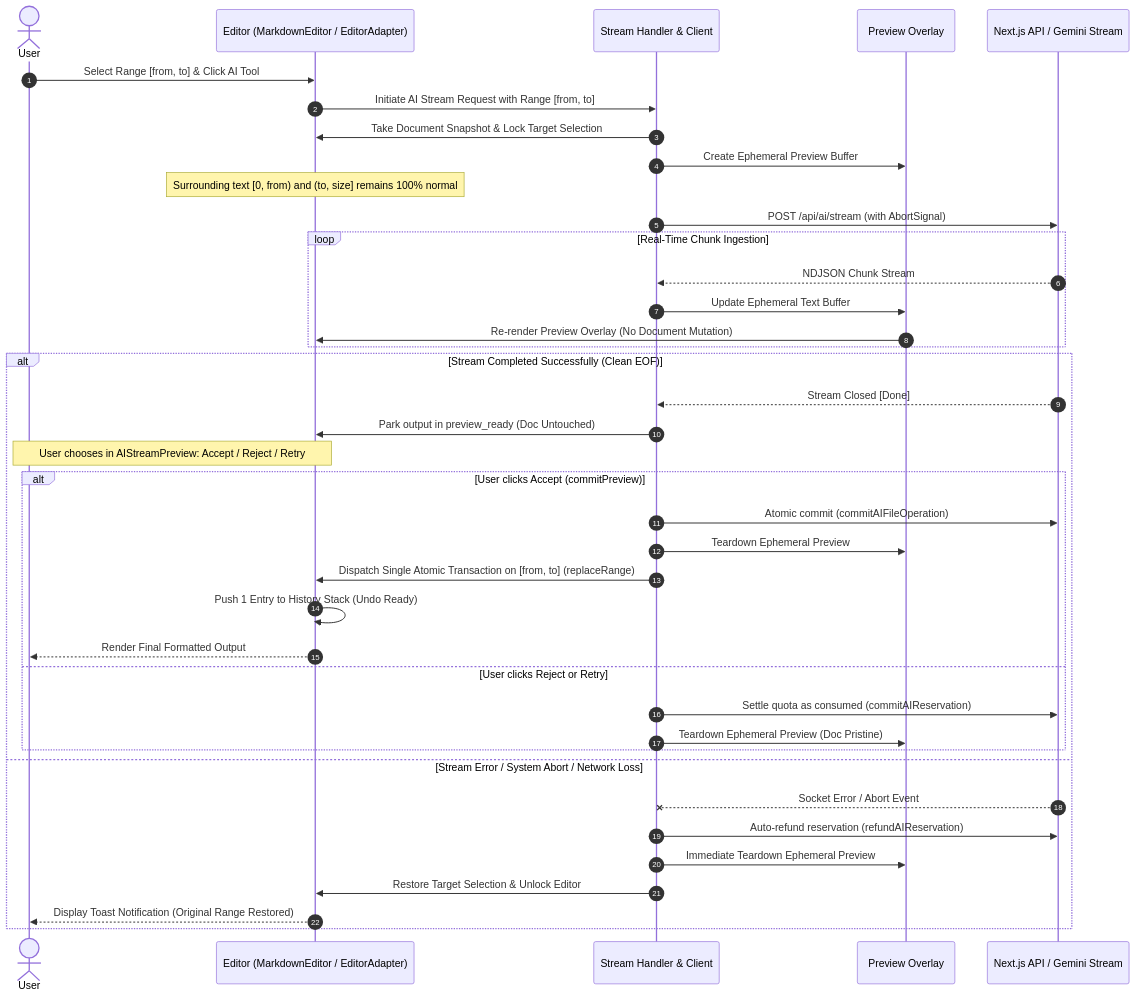
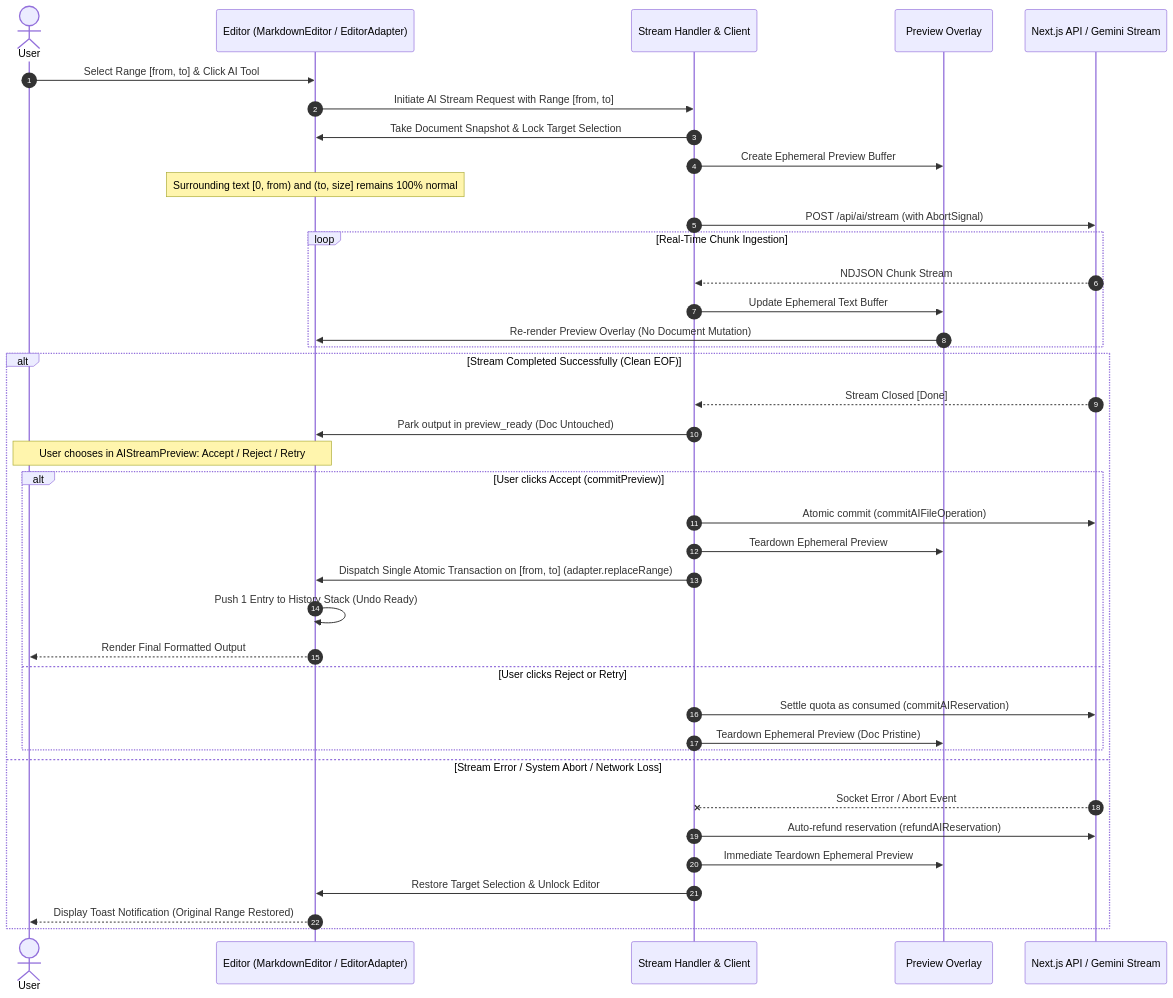
One commit to Abdullah931-stack/LUGX changed the diagram in docs/specs/UI_STREAMING_ARCHITECTURE_REQUIREMENTS.md. Above: the diagram before and after it, drawn with Mermaid. The commit also changed other lines of this file and 16 other files, not shown here.

````diff
--- a/docs/specs/UI_STREAMING_ARCHITECTURE_REQUIREMENTS.md
+++ b/docs/specs/UI_STREAMING_ARCHITECTURE_REQUIREMENTS.md
@@ -28,44 +28,44 @@
 ```mermaid
 sequenceDiagram
     autonumber
     actor User
     participant Editor as Editor (MarkdownEditor / EditorAdapter)
     participant StreamHandler as Stream Handler & Client
     participant GhostExt as Preview Overlay
     participant Backend as Next.js API / Gemini Stream
 
     User->>Editor: Select Range [from, to] & Click AI Tool
     Editor->>StreamHandler: Initiate AI Stream Request with Range [from, to]
     StreamHandler->>Editor: Take Document Snapshot & Lock Target Selection
     StreamHandler->>GhostExt: Create Ephemeral Preview Buffer
     Note over Editor: Surrounding text [0, from) and (to, size] remains 100% normal
     StreamHandler->>Backend: POST /api/ai/stream (with AbortSignal)
     
     loop Real-Time Chunk Ingestion
         Backend-->>StreamHandler: NDJSON Chunk Stream
         StreamHandler->>GhostExt: Update Ephemeral Text Buffer
         GhostExt->>Editor: Re-render Preview Overlay (No Document Mutation)
     end
 
     alt Stream Completed Successfully (Clean EOF)
         Backend-->>StreamHandler: Stream Closed [Done]
         StreamHandler->>Editor: Park output in preview_ready (Doc Untouched)
         Note over User,Editor: User chooses in AIStreamPreview: Accept / Reject / Retry
         alt User clicks Accept (commitPreview)
             StreamHandler->>Backend: Atomic commit (commitAIFileOperation)
             StreamHandler->>GhostExt: Teardown Ephemeral Preview
-            StreamHandler->>Editor: Dispatch Single Atomic Transaction on [from, to] (replaceRange)
+            StreamHandler->>Editor: Dispatch Single Atomic Transaction on [from, to] (adapter.replaceRange)
             Editor->>Editor: Push 1 Entry to History Stack (Undo Ready)
             Editor-->>User: Render Final Formatted Output
         else User clicks Reject or Retry
             StreamHandler->>Backend: Settle quota as consumed (commitAIReservation)
             StreamHandler->>GhostExt: Teardown Ephemeral Preview (Doc Pristine)
         end
     else Stream Error / System Abort / Network Loss
         Backend--xStreamHandler: Socket Error / Abort Event
         StreamHandler->>Backend: Auto-refund reservation (refundAIReservation)
         StreamHandler->>GhostExt: Immediate Teardown Ephemeral Preview
         StreamHandler->>Editor: Restore Target Selection & Unlock Editor
         Editor-->>User: Display Toast Notification (Original Range Restored)
     end
 ```
````
